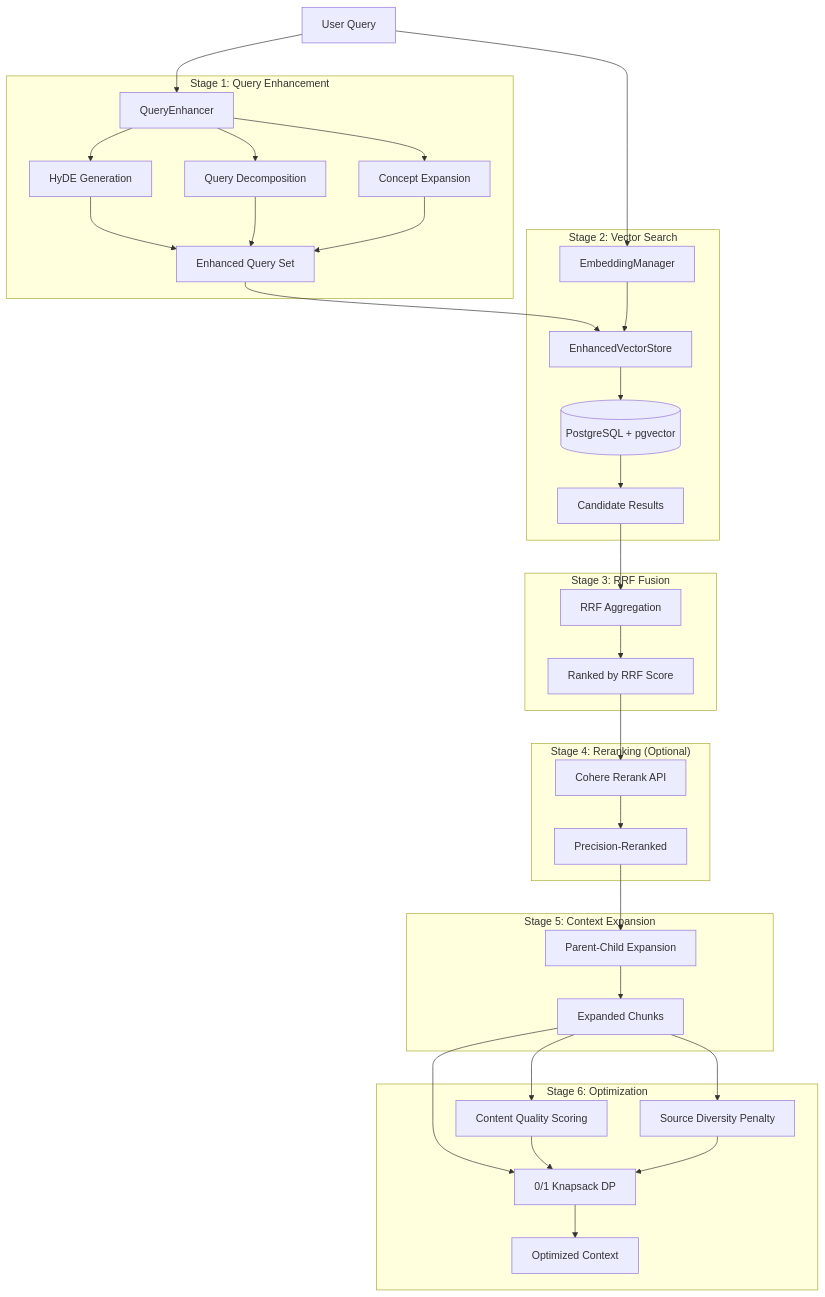
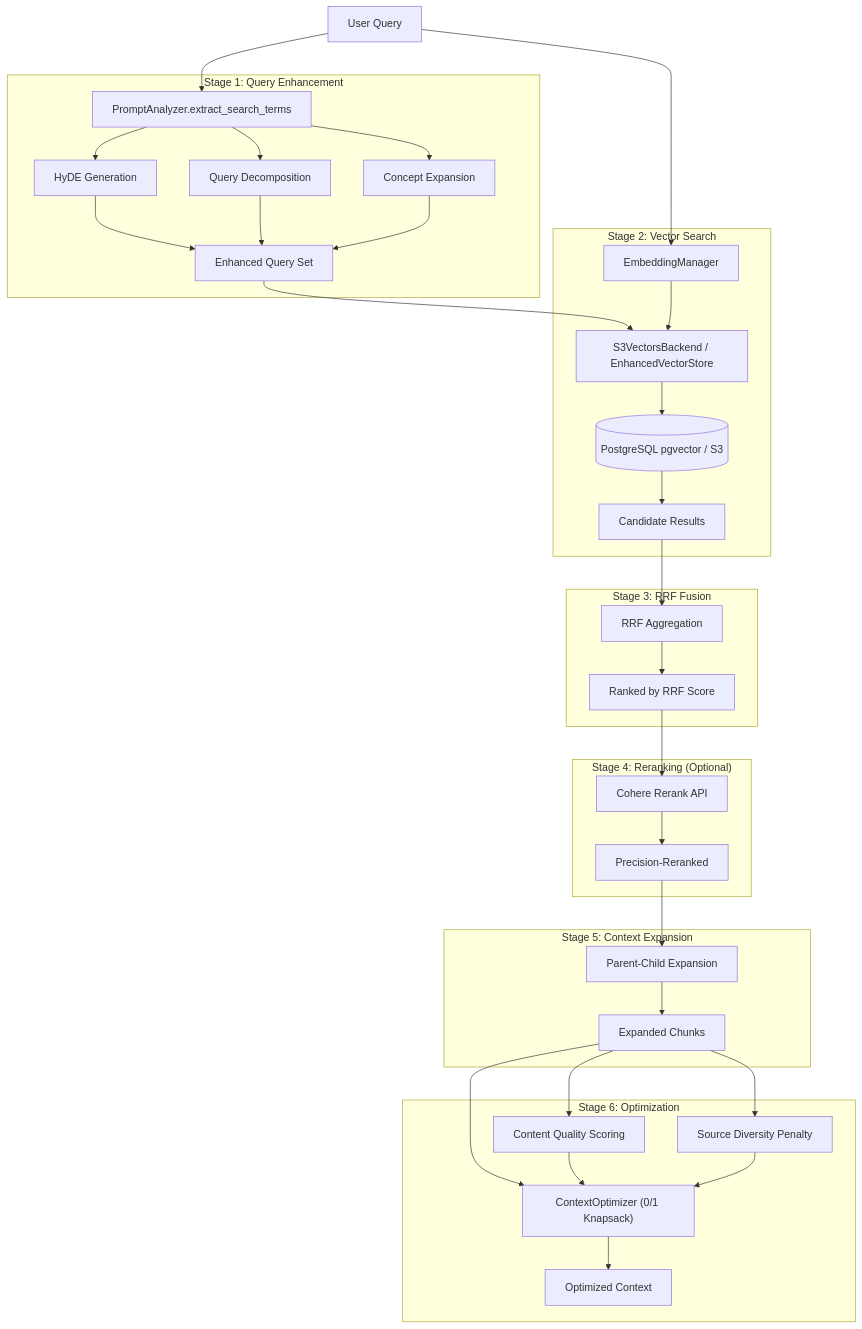
Before and after one commit to AutomatosAI/automatos-ai: the first of 4 diagrams in docs/knowledge-base-rag/rag-retrieval-system.md, drawn with Mermaid. The commit also changed other lines of this file and 153 other files, not shown here.

````diff
--- a/docs/knowledge-base-rag/rag-retrieval-system.md
+++ b/docs/knowledge-base-rag/rag-retrieval-system.md
@@ -45,71 +44,71 @@
 ```mermaid
 graph TB
     Query["User Query"]
     
     subgraph "Stage 1: Query Enhancement"
-        QueryEnhancer["QueryEnhancer"]
+        QueryEnhancer["PromptAnalyzer.extract_search_terms"]
         HyDE["HyDE Generation"]
         Decomp["Query Decomposition"]
         Expansion["Concept Expansion"]
         EnhancedQueries["Enhanced Query Set"]
     end
     
     subgraph "Stage 2: Vector Search"
-        VectorStore["EnhancedVectorStore"]
+        S3Backend["S3VectorsBackend / EnhancedVectorStore"]
         EmbeddingMgr["EmbeddingManager"]
-        VectorDB[("PostgreSQL + pgvector")]
+        VectorDB[("PostgreSQL pgvector / S3")]
         Candidates["Candidate Results"]
     end
     
     subgraph "Stage 3: RRF Fusion"
         RRFAgg["RRF Aggregation"]
         RankedCands["Ranked by RRF Score"]
     end
     
     subgraph "Stage 4: Reranking (Optional)"
         CohereRerank["Cohere Rerank API"]
         Reranked["Precision-Reranked"]
     end
     
     subgraph "Stage 5: Context Expansion"
         ParentChild["Parent-Child Expansion"]
         Expanded["Expanded Chunks"]
     end
     
     subgraph "Stage 6: Optimization"
-        KnapsackDP["0/1 Knapsack DP"]
+        KnapsackDP["ContextOptimizer (0/1 Knapsack)"]
         ContentQuality["Content Quality Scoring"]
         SourceDiversity["Source Diversity Penalty"]
         OptimizedContext["Optimized Context"]
     end
     
     Query --> QueryEnhancer
     QueryEnhancer --> HyDE
     QueryEnhancer --> Decomp
     QueryEnhancer --> Expansion
     HyDE --> EnhancedQueries
     Decomp --> EnhancedQueries
     Expansion --> EnhancedQueries
     
-    EnhancedQueries --> VectorStore
+    EnhancedQueries --> S3Backend
     Query --> EmbeddingMgr
-    EmbeddingMgr --> VectorStore
-    VectorStore --> VectorDB
+    EmbeddingMgr --> S3Backend
+    S3Backend --> VectorDB
     VectorDB --> Candidates
     
     Candidates --> RRFAgg
     RRFAgg --> RankedCands
     
     RankedCands --> CohereRerank
     CohereRerank --> Reranked
     
     Reranked --> ParentChild
     ParentChild --> Expanded
     
     Expanded --> KnapsackDP
     Expanded --> ContentQuality
     Expanded --> SourceDiversity
     ContentQuality --> KnapsackDP
     SourceDiversity --> KnapsackDP
     KnapsackDP --> OptimizedContext
 ```
````
